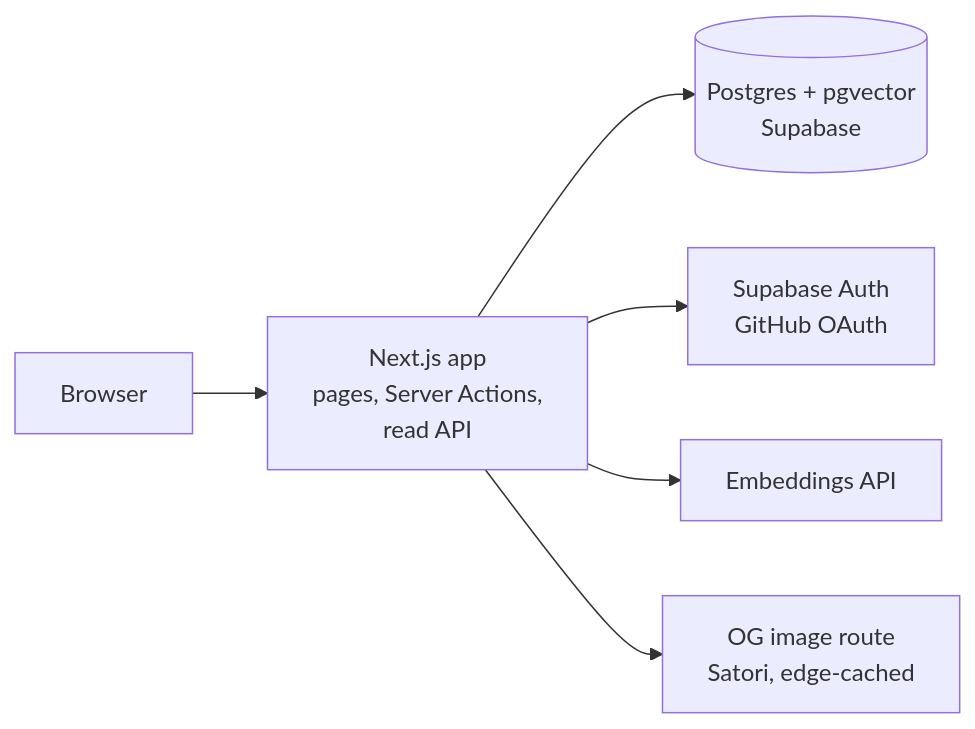
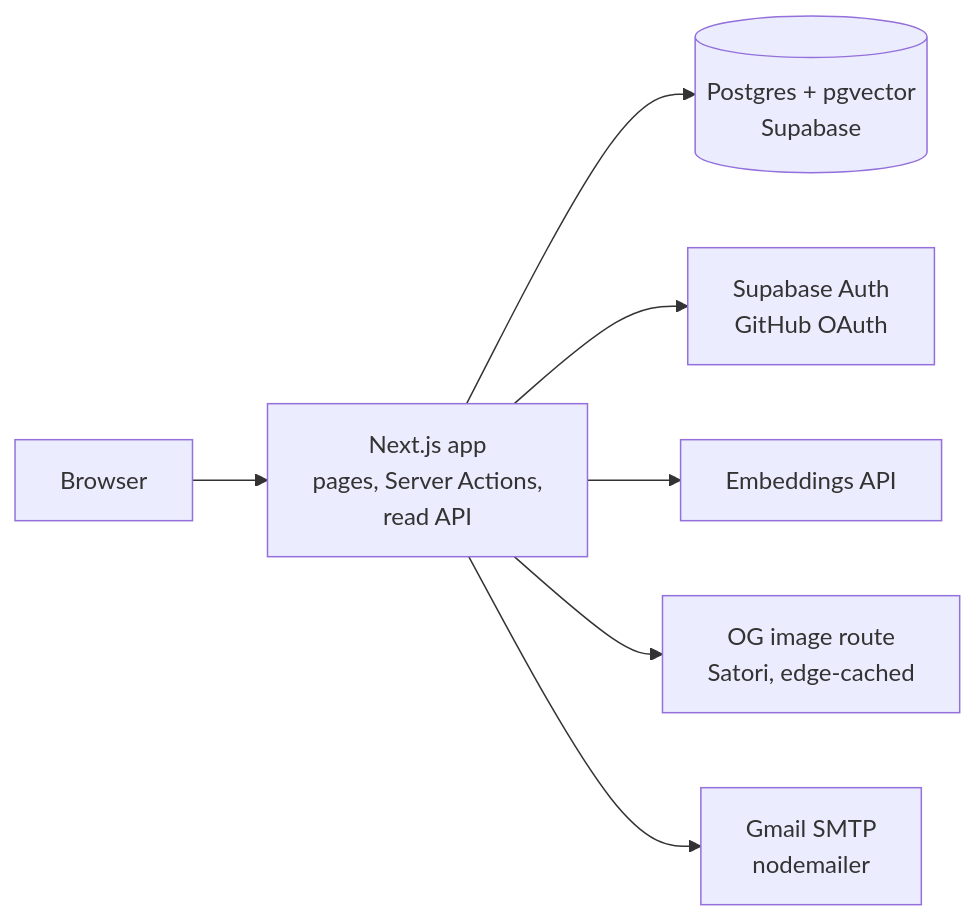
Before and after one commit to raghavg27/wishcode: the first of 4 diagrams in Wishcode — v1 PRD, TRD & App Flow.md, drawn with Mermaid. The commit also changed other lines of this file and 2 other files, not shown here.

First line of the commit message:
docs: verdicts, wish emails and Gmail setup

````diff
--- a/Wishcode — v1 PRD, TRD & App Flow.md
+++ b/Wishcode — v1 PRD, TRD & App Flow.md
@@ -88,8 +92,9 @@
 ```mermaid
 flowchart LR
   U[Browser] --> N[Next.js app<br/>pages, Server Actions,<br/>read API]
   N --> DB[(Postgres + pgvector<br/>Supabase)]
   N --> A[Supabase Auth<br/>GitHub OAuth]
   N --> L[Embeddings API]
   N --> O[OG image route<br/>Satori, edge-cached]
+  N --> M[Gmail SMTP<br/>nodemailer]
 ```
````
